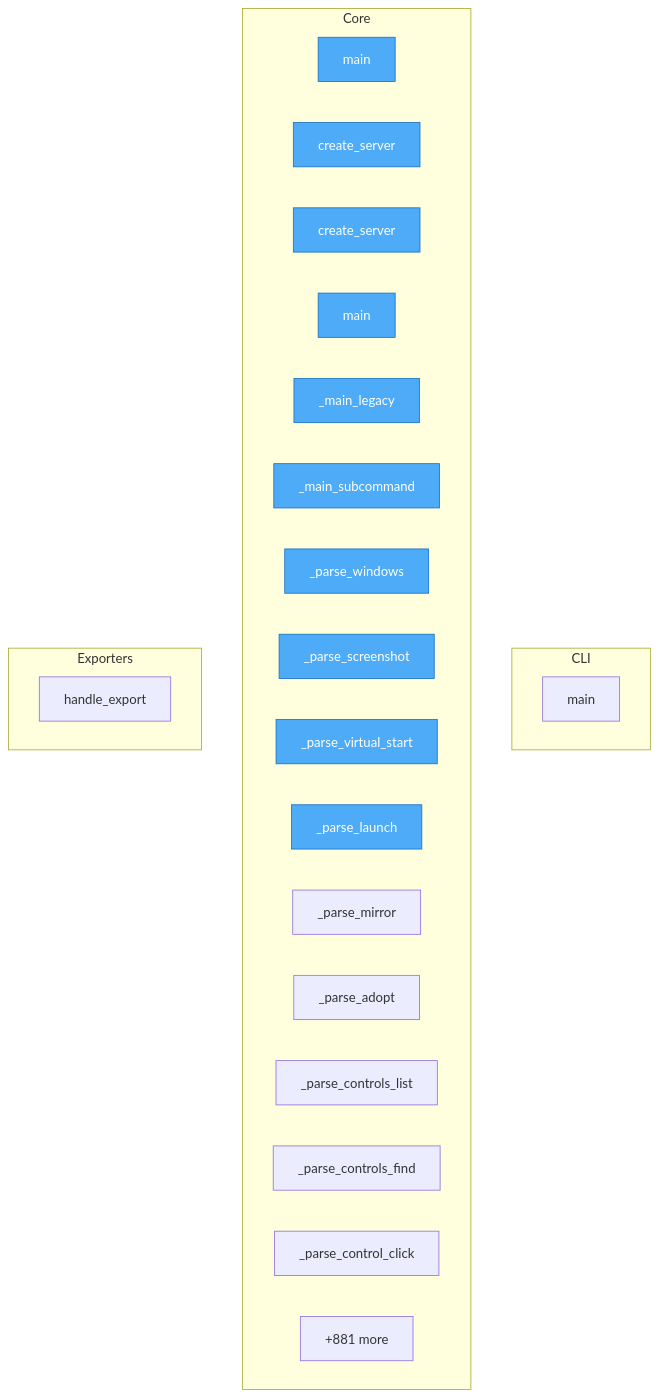
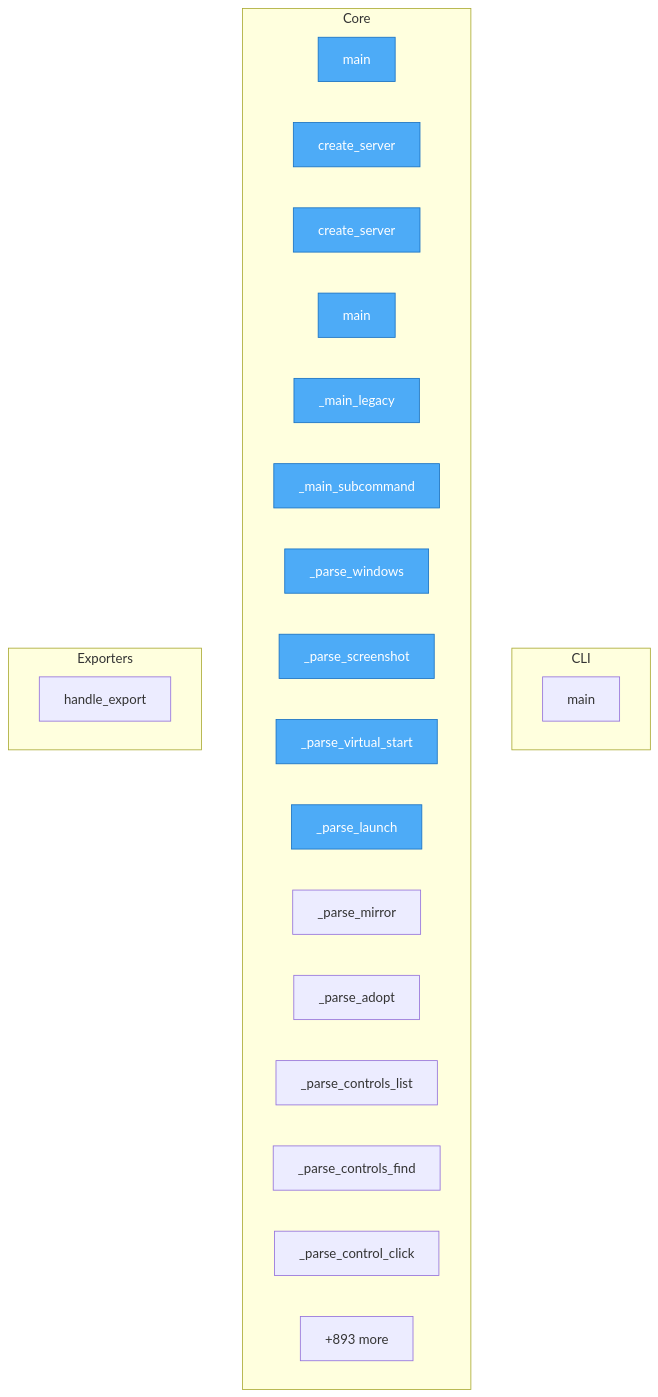
One commit to wronai/vdisplay changed the diagram in project/flow.mmd. Above: the diagram before and after it, drawn with Mermaid. The commit also changed 36 other files, not shown here.

```diff
--- a/project/flow.mmd
+++ b/project/flow.mmd
@@ -1,34 +1,34 @@
 flowchart TD
-%% generated in 0.10s
+%% generated in 0.13s
 
     %% Entry points (blue)
     classDef entry fill:#4dabf7,stroke:#1971c2,color:#fff
 
     subgraph CLI
         packages__cli2vdisplay__src__cli2vdisplay__cli__main["main"]
     end
 
     subgraph Core
         packages__mcp2vdisplay__src__mcp2vdisplay__cli__main["main"]
         packages__mcp2vdisplay__src__mcp2vdisplay__cli__create_server["create_server"]
         packages__mcp2vdisplay__src__mcp2vdisplay__server__create_server["create_server"]
         packages__dsl2vdisplay__src__dsl2vdisplay__cli__main["main"]
         packages__dsl2vdisplay__src__dsl2vdisplay__cli___main_legacy["_main_legacy"]
         packages__dsl2vdisplay__src__dsl2vdisplay__cli___main_subcommand["_main_subcommand"]
         packages__dsl2vdisplay__src__dsl2vdisplay__grammar___parse_windows["_parse_windows"]
         packages__dsl2vdisplay__src__dsl2vdisplay__grammar___parse_screenshot["_parse_screenshot"]
         packages__dsl2vdisplay__src__dsl2vdisplay__grammar___parse_virtual_start["_parse_virtual_start"]
         packages__dsl2vdisplay__src__dsl2vdisplay__grammar___parse_launch["_parse_launch"]
         packages__dsl2vdisplay__src__dsl2vdisplay__grammar___parse_mirror["_parse_mirror"]
         packages__dsl2vdisplay__src__dsl2vdisplay__grammar___parse_adopt["_parse_adopt"]
         packages__dsl2vdisplay__src__dsl2vdisplay__grammar___parse_controls_list["_parse_controls_list"]
         packages__dsl2vdisplay__src__dsl2vdisplay__grammar___parse_controls_find["_parse_controls_find"]
         packages__dsl2vdisplay__src__dsl2vdisplay__grammar___parse_control_click["_parse_control_click"]
-        ...["+881 more"]
+        ...["+893 more"]
     end
 
     subgraph Exporters
         src__vdisplay__commands__session__handle_export["handle_export"]
     end
 
     class packages__mcp2vdisplay__src__mcp2vdisplay__cli__main,packages__mcp2vdisplay__src__mcp2vdisplay__cli__create_server,packages__mcp2vdisplay__src__mcp2vdisplay__server__create_server,packages__dsl2vdisplay__src__dsl2vdisplay__cli__main,packages__dsl2vdisplay__src__dsl2vdisplay__cli___main_legacy,packages__dsl2vdisplay__src__dsl2vdisplay__cli___main_subcommand,packages__dsl2vdisplay__src__dsl2vdisplay__grammar___parse_windows,packages__dsl2vdisplay__src__dsl2vdisplay__grammar___parse_screenshot,packages__dsl2vdisplay__src__dsl2vdisplay__grammar___parse_virtual_start,packages__dsl2vdisplay__src__dsl2vdisplay__grammar___parse_launch entry
```
